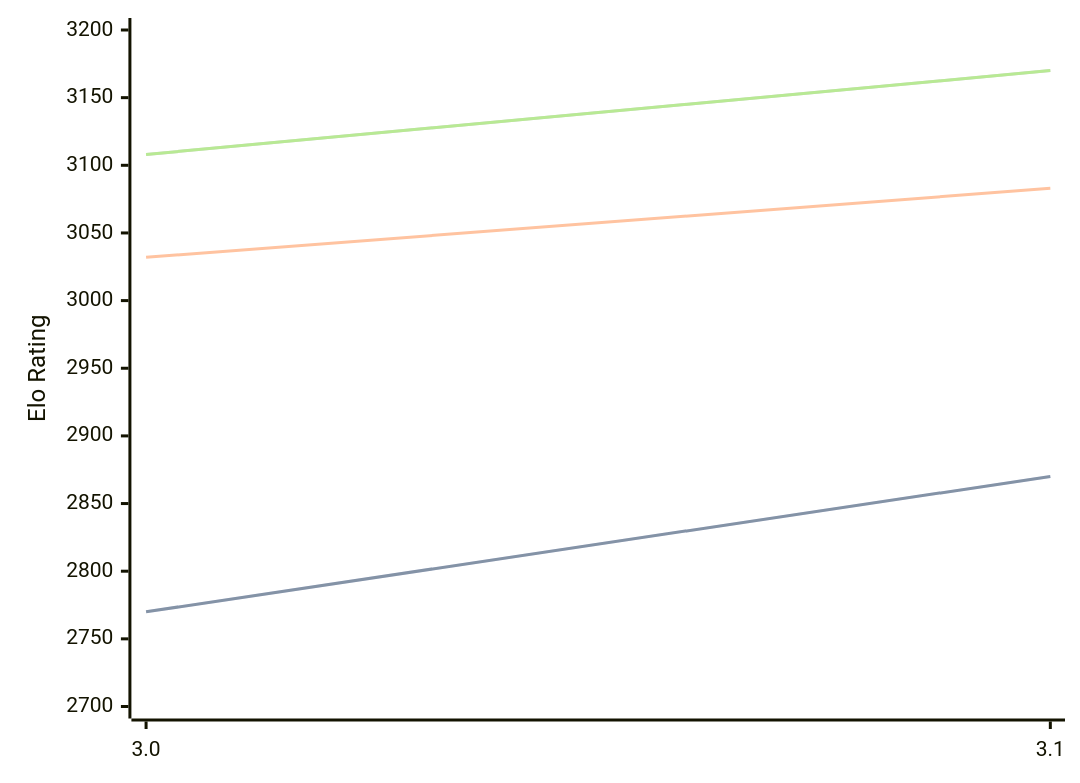
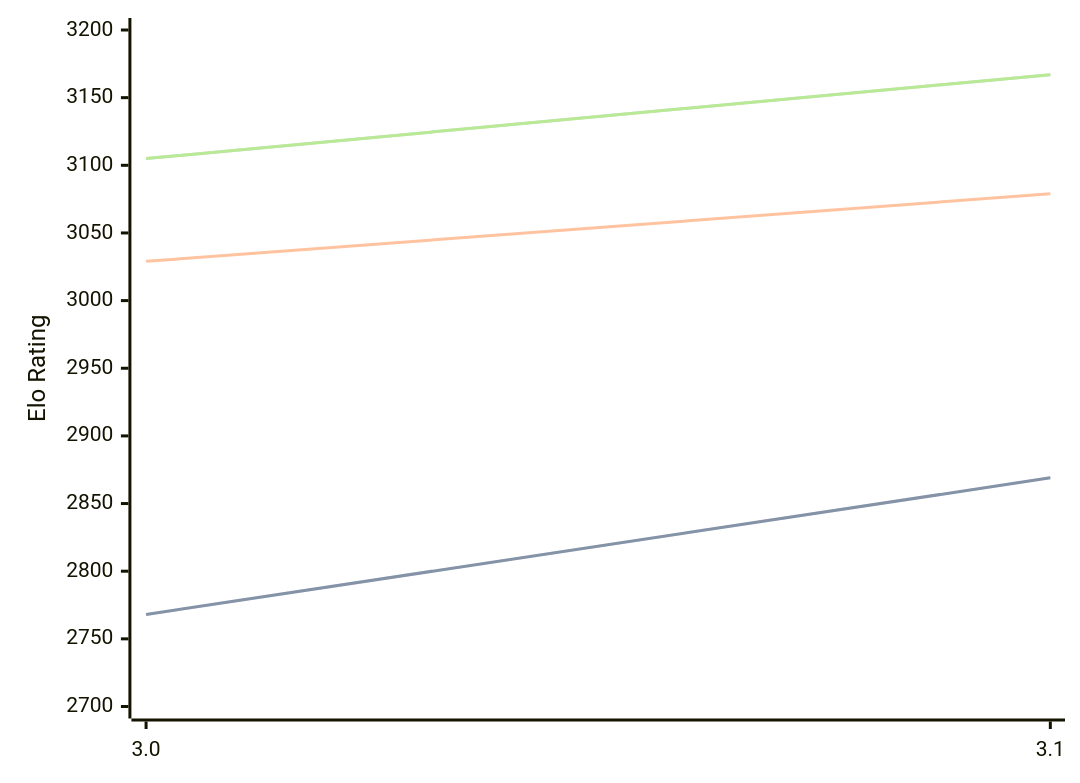
One commit to computer-chess-index/cci changed the diagram in engines/Vajolet2.md. Above: the diagram before and after it, drawn with Mermaid. The commit also changed other lines of this file, not shown here.

Commit message:
Update CCI Ratings (ELO VLTC) - 2026-04-23

````diff
--- a/engines/Vajolet2.md
+++ b/engines/Vajolet2.md
@@ -40,11 +40,11 @@
 ```mermaid
 %%{init: {"theme":"base","themeVariables":{"seriesColors:['#a3a3a3','#222221','#faa371']}}}%%
 xychart-beta
   x-axis ["3.0", "3.1"]
   y-axis "Elo Rating" 2700 --> 3200
-  line "STC (8.0+0.08s)" [2770, 2870]
-  line "STC (8.0+0.08s)" [2770, 2870]
-  line "LTC (60.0+0.60s)" [3032, 3083]
-  line "VLTC (2m24s+1.12s)" [3108, 3170]
-  line "VLTC (2m24s+1.12s)" [3108, 3170]
+  line "STC (8.0+0.08s)" [2768, 2869]
+  line "STC (8.0+0.08s)" [2768, 2869]
+  line "LTC (60.0+0.60s)" [3029, 3079]
+  line "VLTC (2m24s+1.12s)" [3105, 3167]
+  line "VLTC (2m24s+1.12s)" [3105, 3167]
 ```
````
